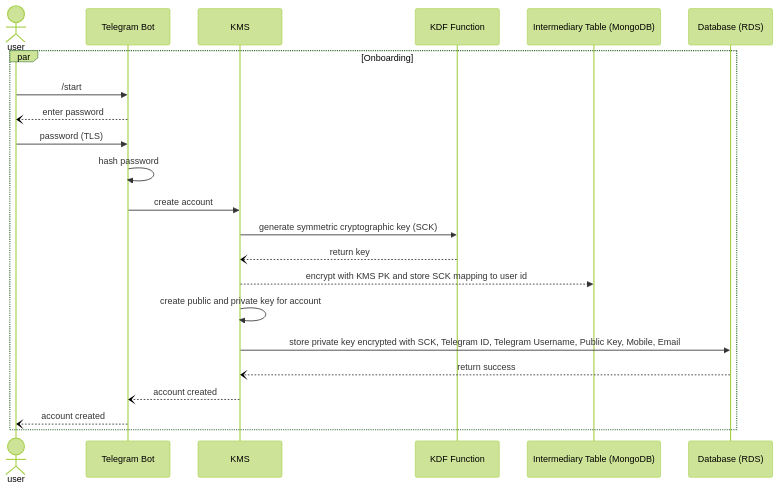
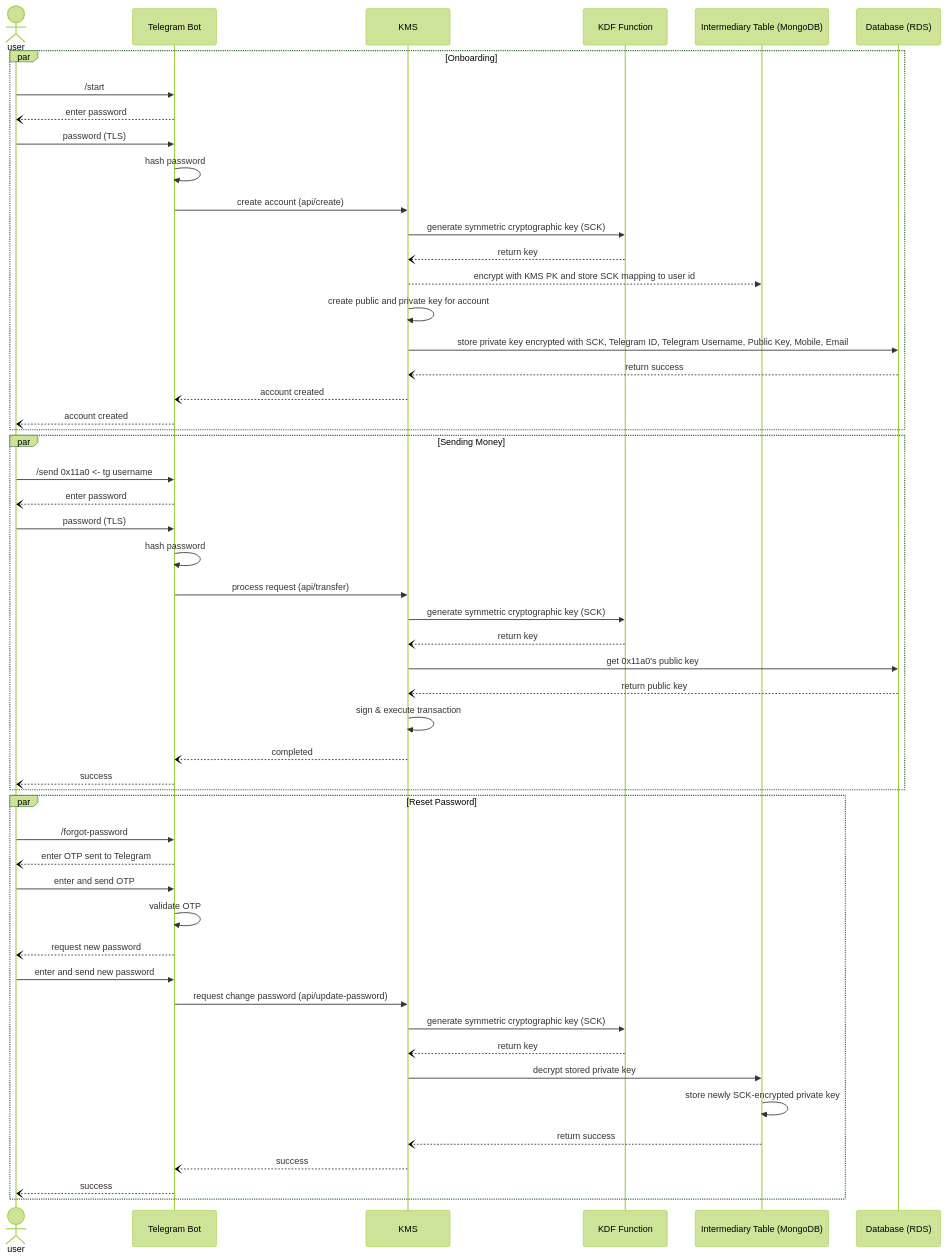
Before and after one commit to HarisShariff/telegram-wallet-link: the second of 2 diagrams in README.md, drawn with Mermaid (forest theme). The commit also changed 19 other files, not shown here.

````diff
--- a/README.md
+++ b/README.md
@@ -101,22 +101,54 @@
 ```mermaid
 sequenceDiagram
     actor user
     participant Telegram Bot
     participant KMS
 
     par Onboarding
         user ->> Telegram Bot: /start
         Telegram Bot --) user: enter password
         user ->> Telegram Bot: password (TLS)
         Telegram Bot ->> Telegram Bot: hash password
-        Telegram Bot ->> KMS: create account
+        Telegram Bot ->> KMS: create account (api/create)
         KMS ->> KDF Function: generate symmetric cryptographic key (SCK)
         KDF Function --) KMS: return key
         KMS -->> Intermediary Table (MongoDB): encrypt with KMS PK and store SCK mapping to user id
         KMS ->> KMS: create public and private key for account
         KMS ->> Database (RDS): store private key encrypted with SCK, Telegram ID, Telegram Username, Public Key, Mobile, Email
         Database (RDS) --) KMS: return success
         KMS --) Telegram Bot: account created
         Telegram Bot --) user: account created
     end
+
+    par Sending Money
+        user ->> Telegram Bot: /send 0x11a0 <- tg username
+        Telegram Bot --) user: enter password
+        user ->> Telegram Bot: password (TLS)
+        Telegram Bot ->> Telegram Bot: hash password
+        Telegram Bot ->> KMS: process request (api/transfer)
+        KMS ->> KDF Function: generate symmetric cryptographic key (SCK)
+        KDF Function --) KMS: return key
+        KMS ->> Database (RDS): get 0x11a0's public key
+        Database (RDS) --) KMS: return public key
+        KMS ->> KMS: sign & execute transaction
+        KMS --) Telegram Bot: completed
+        Telegram Bot --) user: success
+    end
+
+    par Reset Password
+        user ->> Telegram Bot: /forgot-password
+        Telegram Bot --) user: enter OTP sent to Telegram
+        user ->> Telegram Bot: enter and send OTP
+        Telegram Bot ->> Telegram Bot: validate OTP
+        Telegram Bot --) user: request new password
+        user ->> Telegram Bot: enter and send new password
+        Telegram Bot ->> KMS: request change password (api/update-password)
+        KMS ->> KDF Function: generate symmetric cryptographic key (SCK)
+        KDF Function --) KMS: return key
+        KMS ->> Intermediary Table (MongoDB): decrypt stored private key
+        Intermediary Table (MongoDB) ->> Intermediary Table (MongoDB): store newly SCK-encrypted private key
+        Intermediary Table (MongoDB) --) KMS: return success
+        KMS --) Telegram Bot: success
+        Telegram Bot --) user: success
+    end
 ```
````
